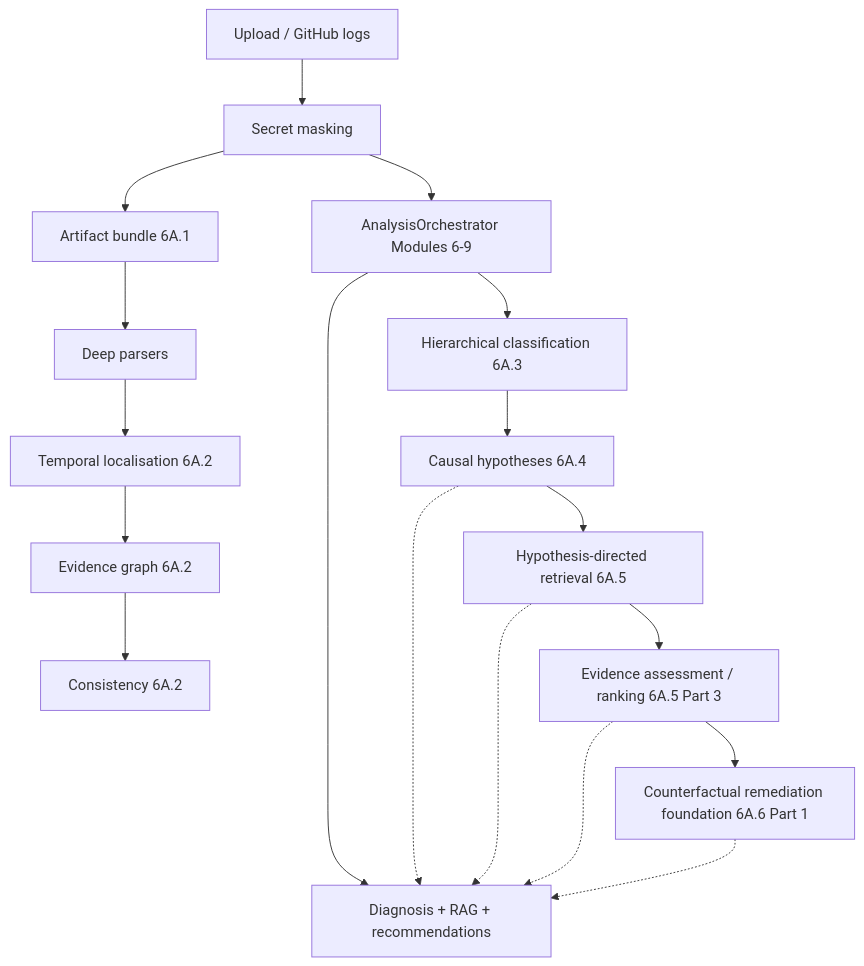
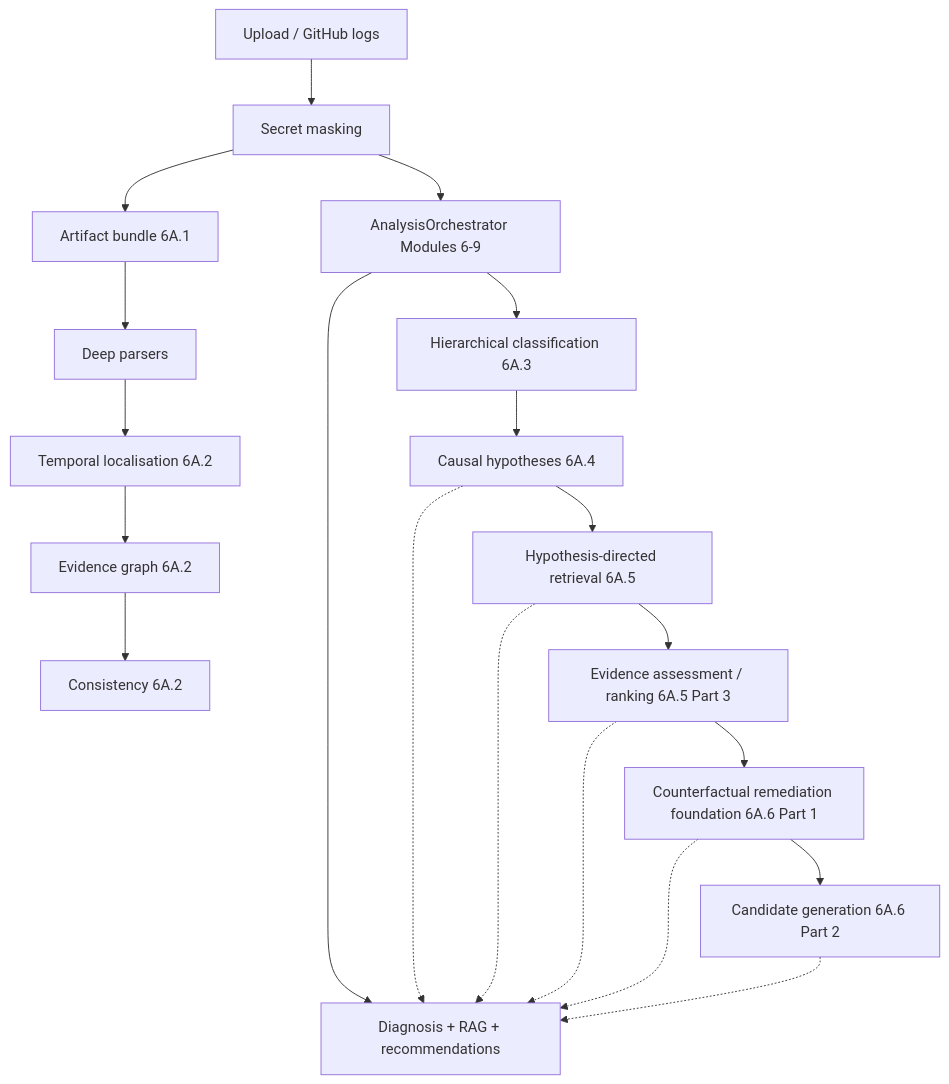
One commit to chanukaabeysinghe1031/devguard_ai changed the diagram in docs/PHASE6A_CAUSAL_AI_PIPELINE.md. Above: the diagram before and after it, drawn with Mermaid. The commit also changed other lines of this file and 12 other files, not shown here.

First line of the commit message:
docs: document Phase 6A.6 Part 2 remediation generation

````diff
--- a/docs/PHASE6A_CAUSAL_AI_PIPELINE.md
+++ b/docs/PHASE6A_CAUSAL_AI_PIPELINE.md
@@ -23,20 +24,22 @@
 ```mermaid
 flowchart TB
   U[Upload / GitHub logs] --> M[Secret masking]
   M --> O[AnalysisOrchestrator Modules 6-9]
   M --> B[Artifact bundle 6A.1]
   B --> P[Deep parsers]
   P --> T[Temporal localisation 6A.2]
   T --> G[Evidence graph 6A.2]
   G --> C[Consistency 6A.2]
   O --> H[Hierarchical classification 6A.3]
   H --> Y[Causal hypotheses 6A.4]
   Y --> R5[Hypothesis-directed retrieval 6A.5]
   R5 --> E5[Evidence assessment / ranking 6A.5 Part 3]
   E5 --> F6[Counterfactual remediation foundation 6A.6 Part 1]
+  F6 --> G6[Candidate generation 6A.6 Part 2]
   O --> D[Diagnosis + RAG + recommendations]
   Y -.-> D
   R5 -.-> D
   E5 -.-> D
   F6 -.-> D
+  G6 -.-> D
 ```
````
